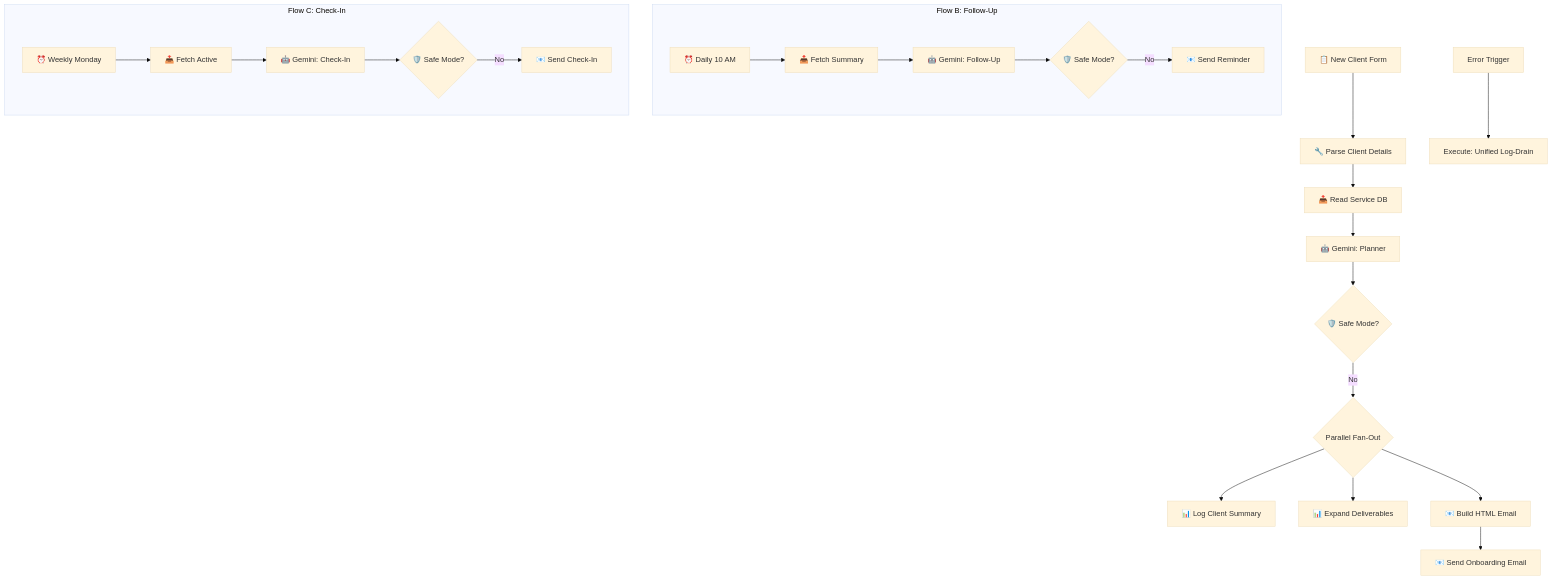
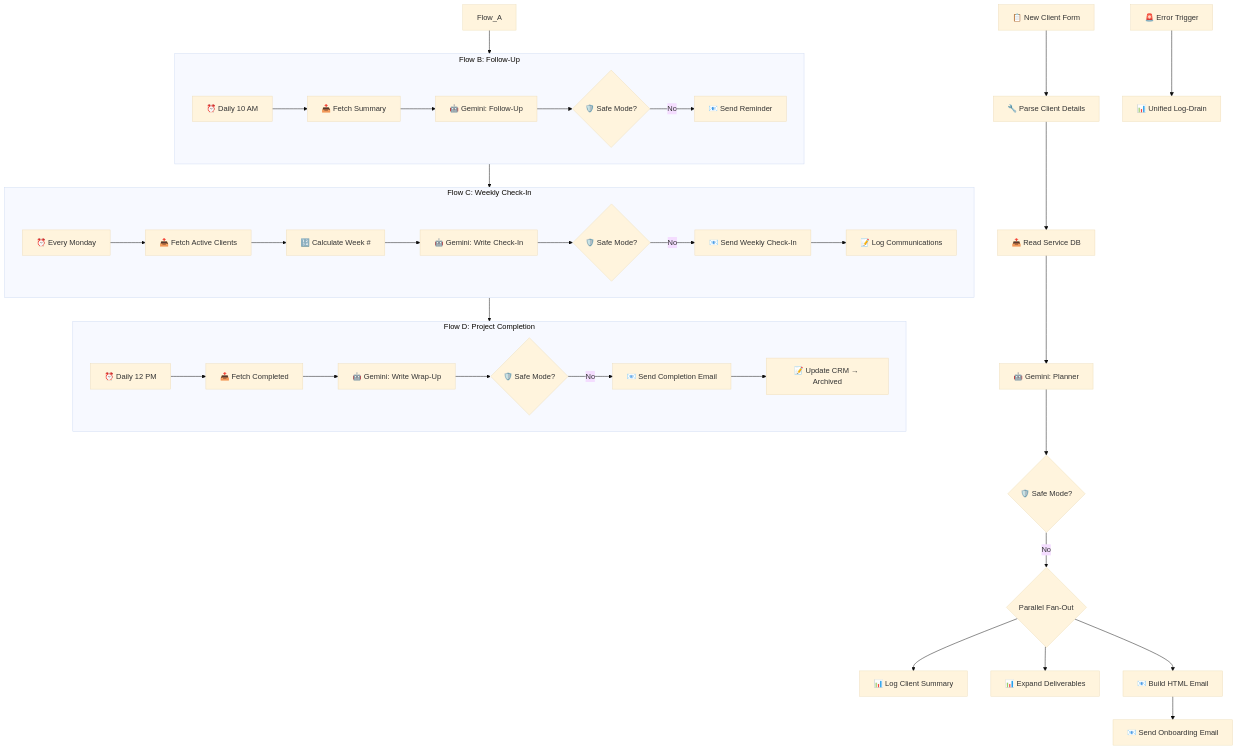
Before and after one commit to kspandian32-sudo/Enterprise-n8n-Architectures: the diagram in layer-4-execution/onboarding-machine/README.md, drawn with Mermaid (base theme). The commit also changed other lines of this file and 1 other file, not shown here.

Commit message:
feat: implement Flow D (Project Completion & Offboarding) for full end-to-end client lifecycle

````diff
--- a/layer-4-execution/onboarding-machine/README.md
+++ b/layer-4-execution/onboarding-machine/README.md
@@ -7,30 +7,44 @@
 ```mermaid
 graph TD
     Trigger[📋 New Client Form] --> Parse[🔧 Parse Client Details]
     Parse --> DB[📥 Read Service DB]
     DB --> Gemini[🤖 Gemini: Planner]
     Gemini --> SafeMode1{🛡️ Safe Mode?}
     SafeMode1 -- No --> FanOut{Parallel Fan-Out}
     
     FanOut --> CRM[📊 Log Client Summary]
     FanOut --> Tasks[📊 Expand Deliverables]
     FanOut --> EmailEngine[📧 Build HTML Email]
     
     EmailEngine --> Send1[📧 Send Onboarding Email]
     
     subgraph Flow_B[Flow B: Follow-Up]
         TriggerB[⏰ Daily 10 AM] --> FetchB[📥 Fetch Summary]
         FetchB --> GeminiB[🤖 Gemini: Follow-Up]
         GeminiB --> SafeMode2{🛡️ Safe Mode?}
         SafeMode2 -- No --> Send2[📧 Send Reminder]
     end
     
-    subgraph Flow_C[Flow C: Check-In]
-        TriggerC[⏰ Weekly Monday] --> FetchC[📥 Fetch Active]
-        FetchC --> GeminiC[🤖 Gemini: Check-In]
-        GeminiC --> SafeMode3{🛡️ Safe Mode?}
-        SafeMode3 -- No --> Send3[📧 Send Check-In]
+    subgraph Flow_C[Flow C: Weekly Check-In]
+        TriggerC[⏰ Every Monday] --> FetchC[📥 Fetch Active Clients]
+        FetchC --> Calc[🔢 Calculate Week #]
+        Calc --> GeminiC[🤖 Gemini: Write Check-In]
+        GeminiC --> SafeModeC{🛡️ Safe Mode?}
+        SafeModeC -- No --> SendC[📧 Send Weekly Check-In]
+        SendC --> LogC[📝 Log Communications]
     end
     
-    Error[Error Trigger] --> Drain[Execute: Unified Log-Drain]
+    subgraph Flow_D[Flow D: Project Completion]
+        TriggerD[⏰ Daily 12 PM] --> FetchD[📥 Fetch Completed]
+        FetchD --> GeminiD[🤖 Gemini: Write Wrap-Up]
+        GeminiD --> SafeModeD{🛡️ Safe Mode?}
+        SafeModeD -- No --> SendD[📧 Send Completion Email]
+        SendD --> ArchiveD[📝 Update CRM → Archived]
+    end
+    
+    Flow_A --> Flow_B
+    Flow_B --> Flow_C
+    Flow_C --> Flow_D
+    
+    Error[🚨 Error Trigger] --> Drain[📊 Unified Log-Drain]
 ```
````
